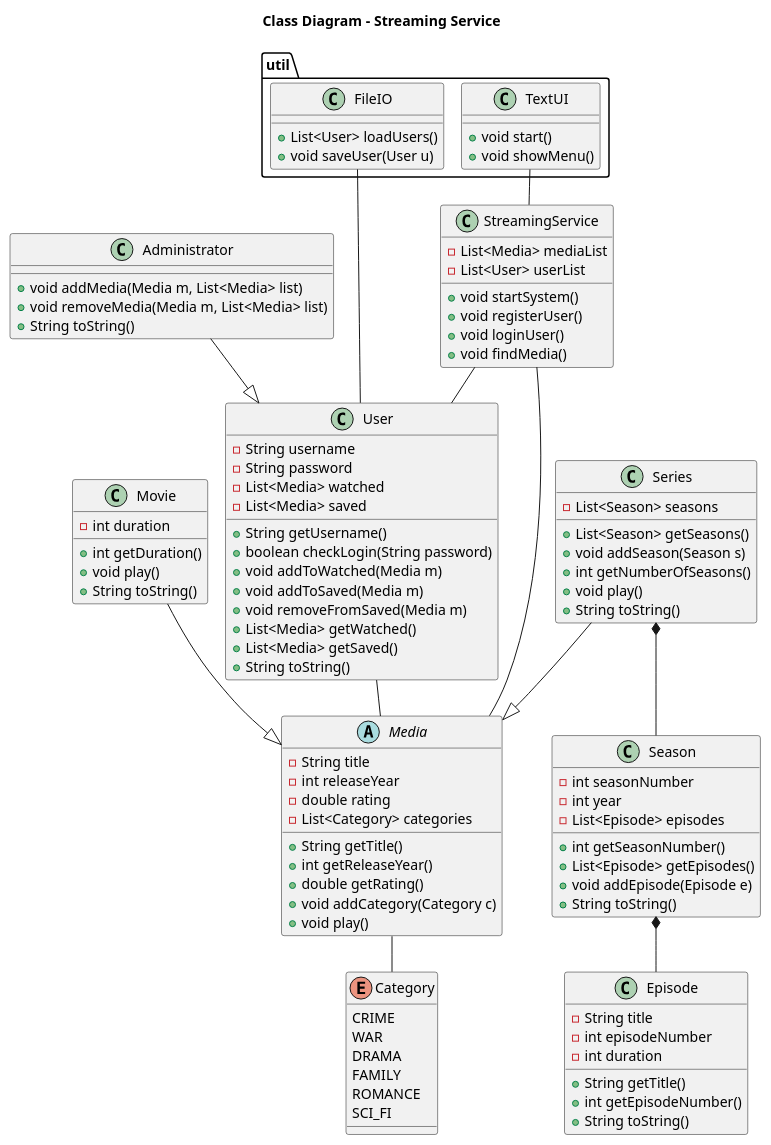
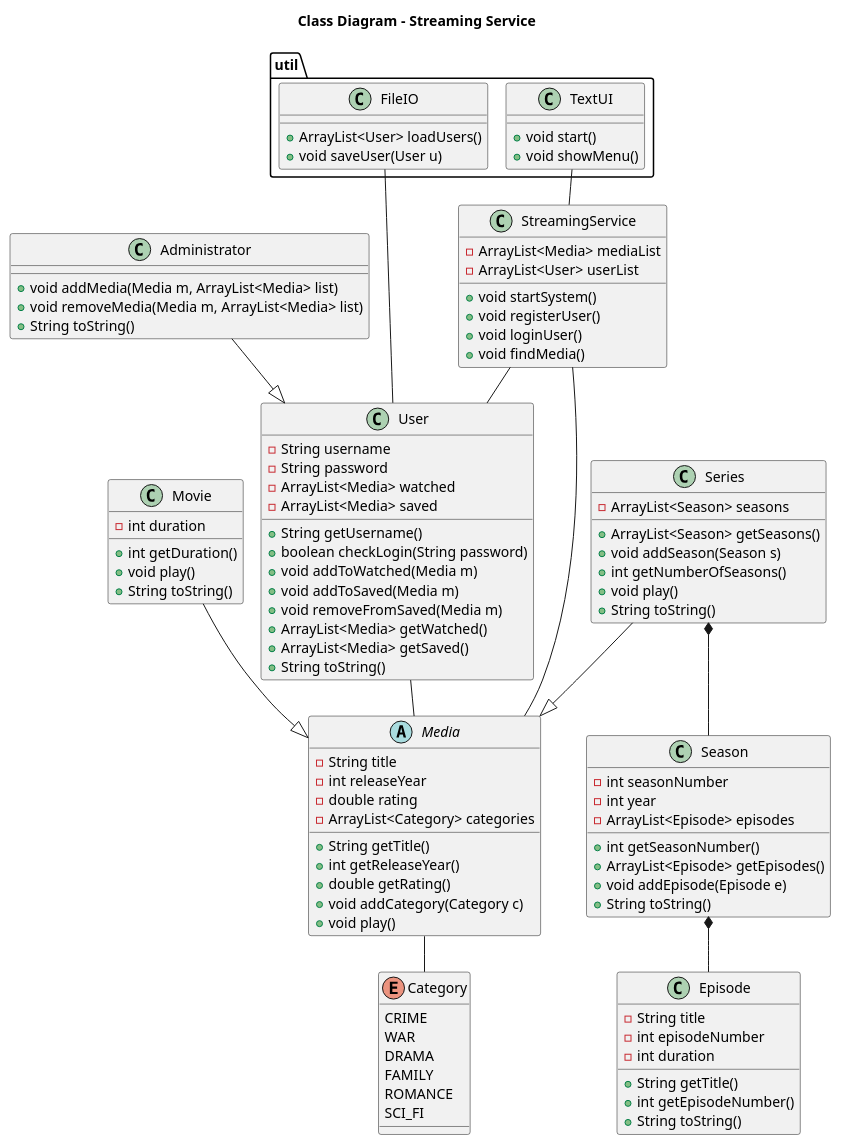
Before and after one commit to BesimaP/SP3---Streaming---Tjeneste: the diagram in doc/static/klassediagram.puml, drawn with PlantUML. The commit also changed 1 other file, not shown here.

Commit message:
opsætning af Media done

```diff
--- a/doc/static/klassediagram.puml
+++ b/doc/static/klassediagram.puml
@@ -1,123 +1,123 @@
 @startuml
 !pragma layout smetana
 
 title Class Diagram - Streaming Service
 
 ' ===== Classes =====
 abstract class Media {
   - String title
   - int releaseYear
   - double rating
-  - List<Category> categories
+  - ArrayList<Category> categories
   + String getTitle()
   + int getReleaseYear()
   + double getRating()
   + void addCategory(Category c)
   + void play()
 }
 
 class Movie {
   - int duration
   + int getDuration()
   + void play()
   + String toString()
 }
 
 class Series {
-  - List<Season> seasons
-  + List<Season> getSeasons()
+  - ArrayList<Season> seasons
+  + ArrayList<Season> getSeasons()
   + void addSeason(Season s)
   + int getNumberOfSeasons()
   + void play()
   + String toString()
 }
 
 class Season {
   - int seasonNumber
   - int year
-  - List<Episode> episodes
+  - ArrayList<Episode> episodes
   + int getSeasonNumber()
-  + List<Episode> getEpisodes()
+  + ArrayList<Episode> getEpisodes()
   + void addEpisode(Episode e)
   + String toString()
 }
 
 class Episode {
   - String title
   - int episodeNumber
   - int duration
   + String getTitle()
   + int getEpisodeNumber()
   + String toString()
 }
 
 enum Category {
   CRIME
   WAR
   DRAMA
   FAMILY
   ROMANCE
   SCI_FI
 }
 
 class User {
   - String username
   - String password
-  - List<Media> watched
-  - List<Media> saved
+  - ArrayList<Media> watched
+  - ArrayList<Media> saved
   + String getUsername()
   + boolean checkLogin(String password)
   + void addToWatched(Media m)
   + void addToSaved(Media m)
   + void removeFromSaved(Media m)
-  + List<Media> getWatched()
-  + List<Media> getSaved()
+  + ArrayList<Media> getWatched()
+  + ArrayList<Media> getSaved()
   + String toString()
 }
 
 class Administrator {
-  + void addMedia(Media m, List<Media> list)
-  + void removeMedia(Media m, List<Media> list)
+  + void addMedia(Media m, ArrayList<Media> list)
+  + void removeMedia(Media m, ArrayList<Media> list)
   + String toString()
 }
 
 class StreamingService {
-  - List<Media> mediaList
-  - List<User> userList
+  - ArrayList<Media> mediaList
+  - ArrayList<User> userList
   + void startSystem()
   + void registerUser()
   + void loginUser()
   + void findMedia()
 }
 
 
 package "util"{
 class FileIO {
-  + List<User> loadUsers()
+  + ArrayList<User> loadUsers()
   + void saveUser(User u)
 }
 
 class TextUI {
   + void start()
   + void showMenu()
 }
 }
 
 'Inheritance
 Movie --|> Media
 Series --|> Media
 Administrator --|> User
 
 'Composition
 Series *-- Season
 Season *-- Episode
 
 'Associations
 Media -- Category
 User -- Media
 StreamingService -- User
 StreamingService -- Media
 FileIO -- User
 TextUI -- StreamingService
 
 @enduml
```
